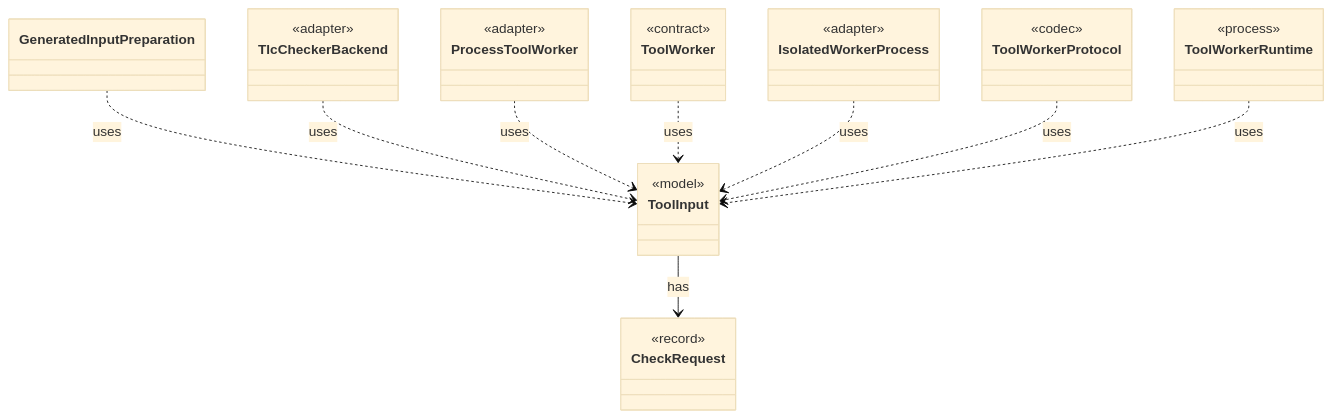
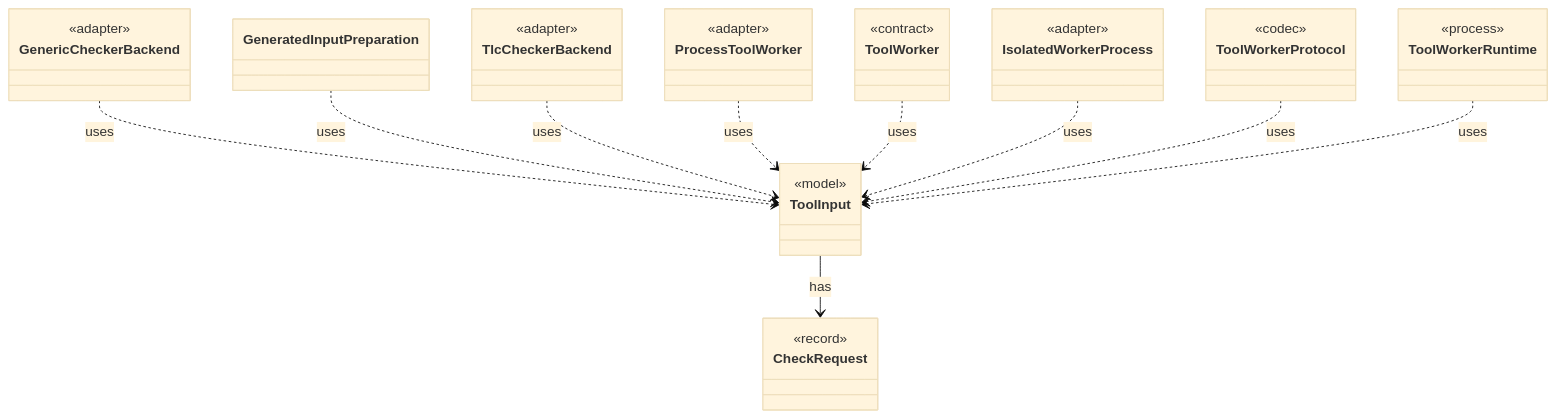
Before and after one commit to tlaplus/model-checker-hardening: the diagram in dev/types/io.github.tlaplus.hardening.workflow.worker.ToolInput.md, drawn with Mermaid (base theme). The commit also changed other lines of this file and 422 other files, not shown here.

````diff
--- a/dev/types/io.github.tlaplus.hardening.workflow.worker.ToolInput.md
+++ b/dev/types/io.github.tlaplus.hardening.workflow.worker.ToolInput.md
@@ -7,36 +7,40 @@
 ```mermaid
 classDiagram
   class ToolInput {
     <<model>>
   }
   class CheckRequest {
     <<record>>
+  }
+  class GenericCheckerBackend {
+    <<adapter>>
   }
   class GeneratedInputPreparation
   class TlcCheckerBackend {
     <<adapter>>
   }
   class ProcessToolWorker {
     <<adapter>>
   }
   class ToolWorker {
     <<contract>>
   }
   class IsolatedWorkerProcess {
     <<adapter>>
   }
   class ToolWorkerProtocol {
     <<codec>>
   }
   class ToolWorkerRuntime {
     <<process>>
   }
   ToolInput --> CheckRequest : has
+  GenericCheckerBackend ..> ToolInput : uses
   GeneratedInputPreparation ..> ToolInput : uses
   TlcCheckerBackend ..> ToolInput : uses
   ProcessToolWorker ..> ToolInput : uses
   ToolWorker ..> ToolInput : uses
   IsolatedWorkerProcess ..> ToolInput : uses
   ToolWorkerProtocol ..> ToolInput : uses
   ToolWorkerRuntime ..> ToolInput : uses
 ```
````
